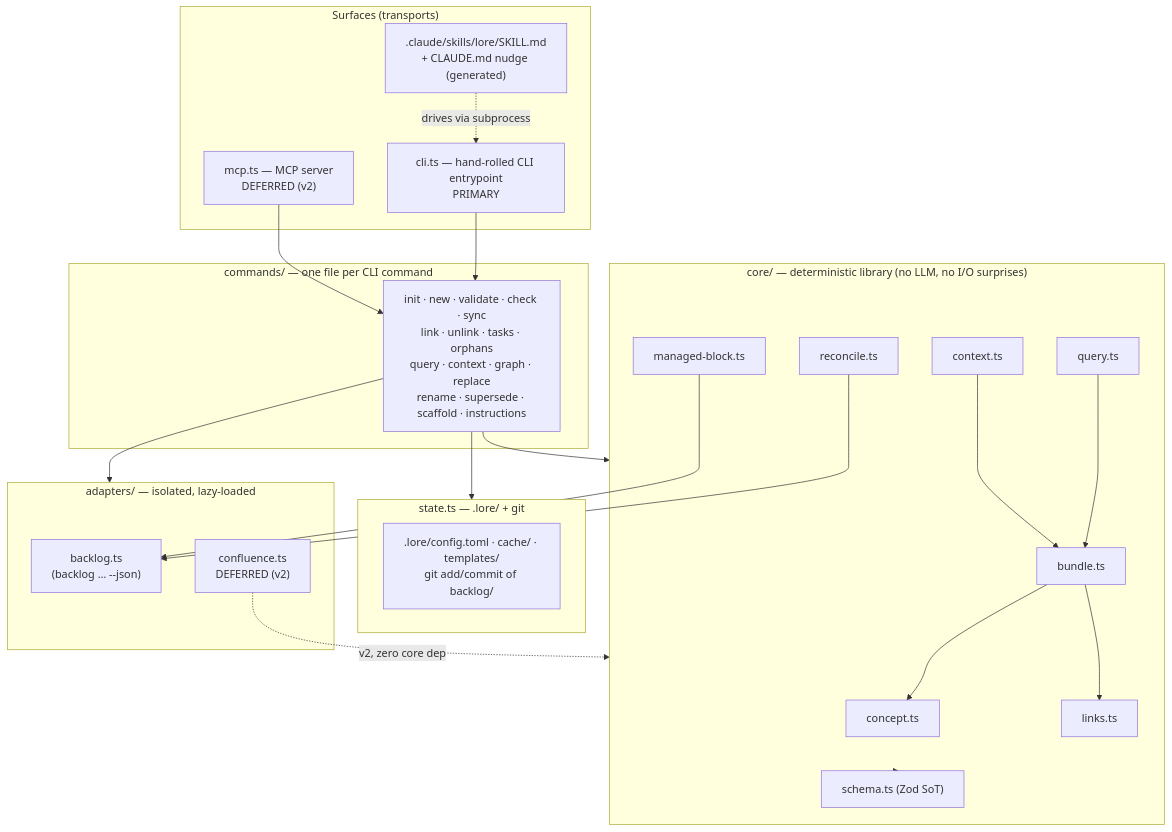
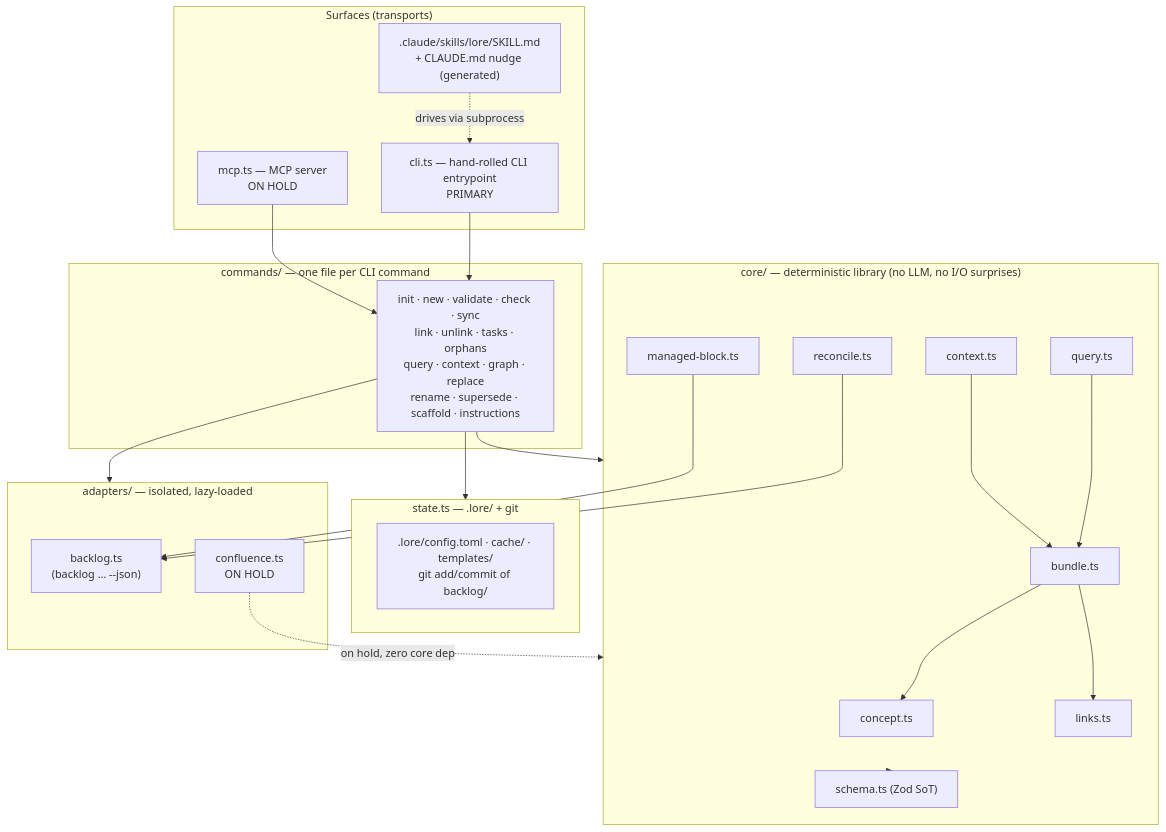
One commit to opum-ai/lore-cli changed the diagram in docs/reference/architecture.md. Above: the diagram before and after it, drawn with Mermaid. The commit also changed other lines of this file and 14 other files, not shown here.

Commit message:
docs: prioritize LadybugDB local graph roadmap

````diff
--- a/docs/reference/architecture.md
+++ b/docs/reference/architecture.md
@@ -31,47 +31,47 @@
 ```mermaid
 flowchart TD
     subgraph Surfaces["Surfaces (transports)"]
         CLI["cli.ts — hand-rolled CLI entrypoint<br/>PRIMARY"]
-        MCP["mcp.ts — MCP server<br/>DEFERRED (v2)"]
+        MCP["mcp.ts — MCP server<br/>ON HOLD"]
         SKILL[".claude/skills/lore/SKILL.md<br/>+ CLAUDE.md nudge (generated)"]
     end
 
     subgraph Commands["commands/ — one file per CLI command"]
         CMD["init · new · validate · check · sync<br/>link · unlink · tasks · orphans<br/>query · context · graph · replace<br/>rename · supersede · scaffold · instructions"]
     end
 
     subgraph Core["core/ — deterministic library (no LLM, no I/O surprises)"]
         CONCEPT["concept.ts"]
         BUNDLE["bundle.ts"]
         MANAGED["managed-block.ts"]
         RECONCILE["reconcile.ts"]
         LINKS["links.ts"]
         QUERY["query.ts"]
         CONTEXT["context.ts"]
         SCHEMA["schema.ts (Zod SoT)"]
     end
 
     subgraph State["state.ts — .lore/ + git"]
         STATEIO[".lore/config.toml · cache/ · templates/<br/>git add/commit of backlog/"]
     end
 
     subgraph Adapters["adapters/ — isolated, lazy-loaded"]
         BACKLOG["backlog.ts<br/>(backlog … --json)"]
-        CONFLUENCE["confluence.ts<br/>DEFERRED (v2)"]
+        CONFLUENCE["confluence.ts<br/>ON HOLD"]
     end
 
     CLI --> CMD
     MCP --> CMD
     SKILL -. "drives via subprocess" .-> CLI
     CMD --> Core
     CMD --> State
     Core --> SCHEMA
     BUNDLE --> CONCEPT
     BUNDLE --> LINKS
     QUERY --> BUNDLE
     CONTEXT --> BUNDLE
     RECONCILE --> BACKLOG
     MANAGED --> BACKLOG
     CMD --> Adapters
-    CONFLUENCE -. "v2, zero core dep" .-> Core
+    CONFLUENCE -. "on hold, zero core dep" .-> Core
 ```
````
